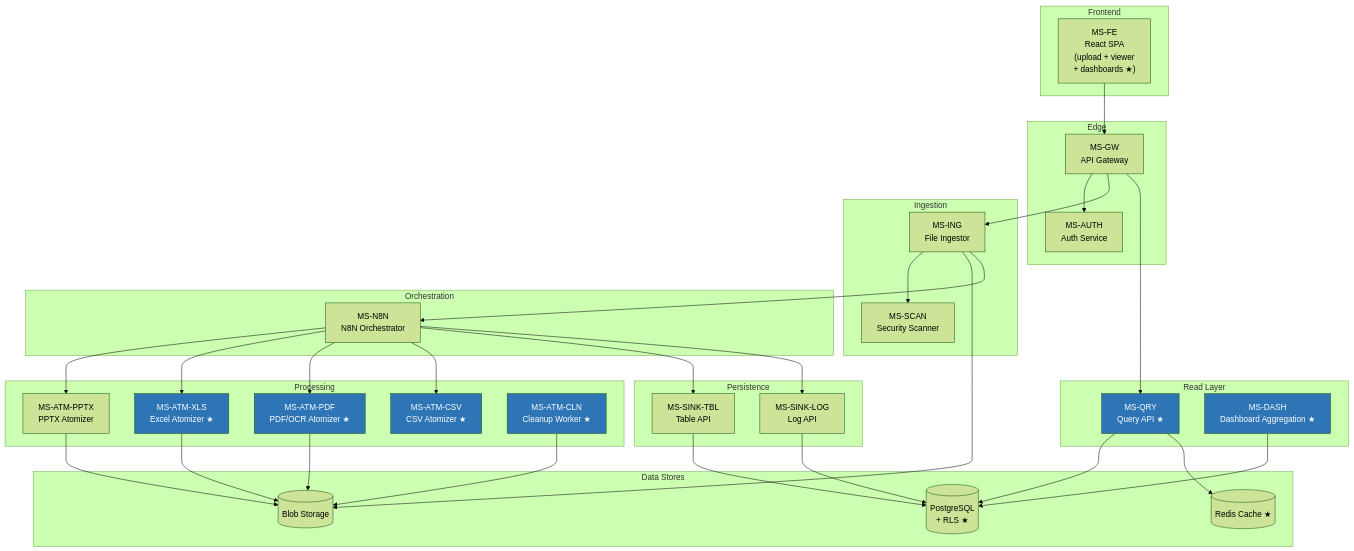
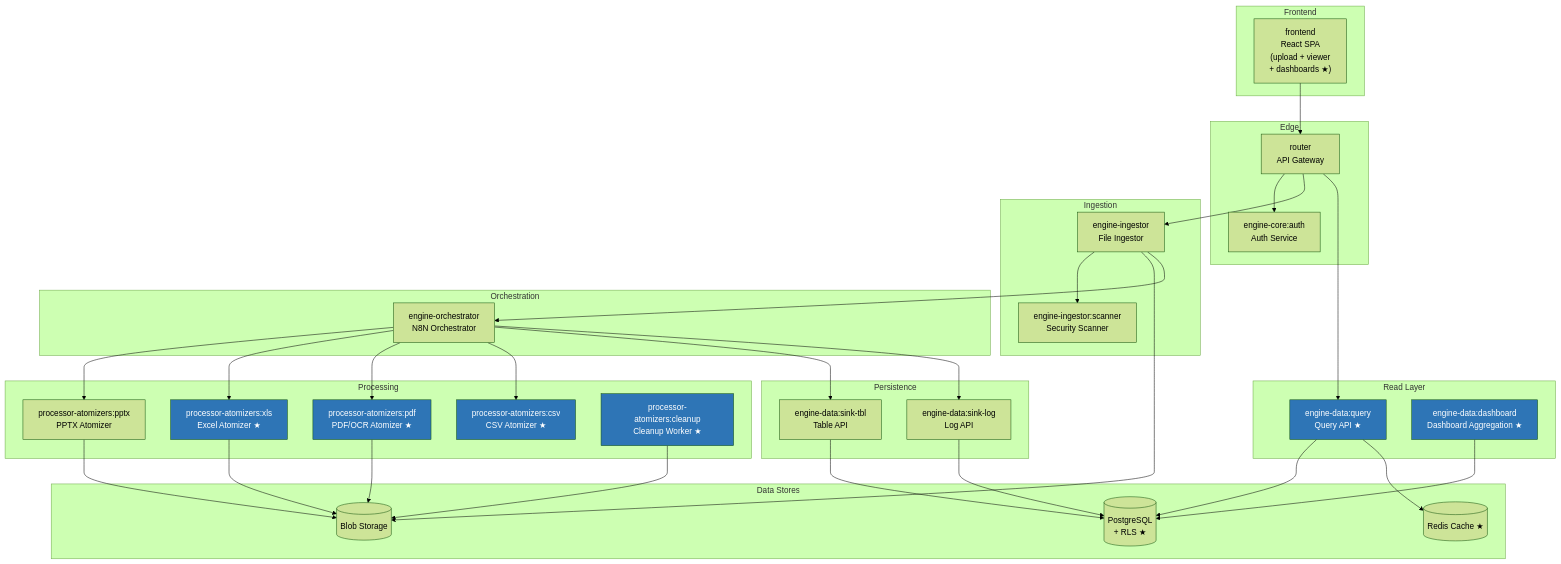
Before and after one commit to JanBartyzal/ReportAutomatization: the second of 10 diagrams in docs/documents/architecture_diagrams.md, drawn with Mermaid (forest theme). The commit also changed other lines of this file and 149 other files, not shown here.

````diff
--- a/docs/documents/architecture_diagrams.md
+++ b/docs/documents/architecture_diagrams.md
@@ -85,74 +85,74 @@
 ```mermaid
 graph TB
     subgraph "Edge"
-        GW["MS-GW\nAPI Gateway"]
-        AUTH["MS-AUTH\nAuth Service"]
+        GW["router\nAPI Gateway"]
+        AUTH["engine-core:auth\nAuth Service"]
     end
 
     subgraph "Ingestion"
-        ING["MS-ING\nFile Ingestor"]
-        SCAN["MS-SCAN\nSecurity Scanner"]
+        ING["engine-ingestor\nFile Ingestor"]
+        SCAN["engine-ingestor:scanner\nSecurity Scanner"]
     end
 
     subgraph "Orchestration"
-        N8N["MS-N8N\nN8N Orchestrator"]
+        N8N["engine-orchestrator\nN8N Orchestrator"]
     end
 
     subgraph "Processing"
-        PPTX["MS-ATM-PPTX\nPPTX Atomizer"]
-        XLS["MS-ATM-XLS\nExcel Atomizer ★"]
-        PDF["MS-ATM-PDF\nPDF/OCR Atomizer ★"]
-        CSV["MS-ATM-CSV\nCSV Atomizer ★"]
-        CLN["MS-ATM-CLN\nCleanup Worker ★"]
+        PPTX["processor-atomizers:pptx\nPPTX Atomizer"]
+        XLS["processor-atomizers:xls\nExcel Atomizer ★"]
+        PDF["processor-atomizers:pdf\nPDF/OCR Atomizer ★"]
+        CSV["processor-atomizers:csv\nCSV Atomizer ★"]
+        CLN["processor-atomizers:cleanup\nCleanup Worker ★"]
     end
 
     subgraph "Persistence"
-        SINKTBL["MS-SINK-TBL\nTable API"]
-        SINKLOG["MS-SINK-LOG\nLog API"]
+        SINKTBL["engine-data:sink-tbl\nTable API"]
+        SINKLOG["engine-data:sink-log\nLog API"]
     end
 
     subgraph "Read Layer"
-        QRY["MS-QRY\nQuery API ★"]
-        DASH["MS-DASH\nDashboard Aggregation ★"]
+        QRY["engine-data:query\nQuery API ★"]
+        DASH["engine-data:dashboard\nDashboard Aggregation ★"]
     end
 
     subgraph "Data Stores"
         PG[("PostgreSQL\n+ RLS ★")]
         BLOB[("Blob Storage")]
         REDIS[("Redis Cache ★")]
     end
 
     subgraph "Frontend"
-        FE["MS-FE\nReact SPA\n(upload + viewer\n+ dashboards ★)"]
+        FE["frontend\nReact SPA\n(upload + viewer\n+ dashboards ★)"]
     end
 
     FE --> GW
     GW --> AUTH
     GW --> ING
     GW --> QRY
     ING --> SCAN
     ING --> BLOB
     ING --> N8N
     N8N --> PPTX
     N8N --> XLS
     N8N --> PDF
     N8N --> CSV
     PPTX --> BLOB
     XLS --> BLOB
     PDF --> BLOB
     CLN --> BLOB
     N8N --> SINKTBL
     N8N --> SINKLOG
     SINKTBL --> PG
     SINKLOG --> PG
     QRY --> PG
     QRY --> REDIS
     DASH --> PG
 
     style XLS fill:#2E75B6,color:#fff
     style PDF fill:#2E75B6,color:#fff
     style CSV fill:#2E75B6,color:#fff
     style CLN fill:#2E75B6,color:#fff
     style QRY fill:#2E75B6,color:#fff
     style DASH fill:#2E75B6,color:#fff
 ```
````
